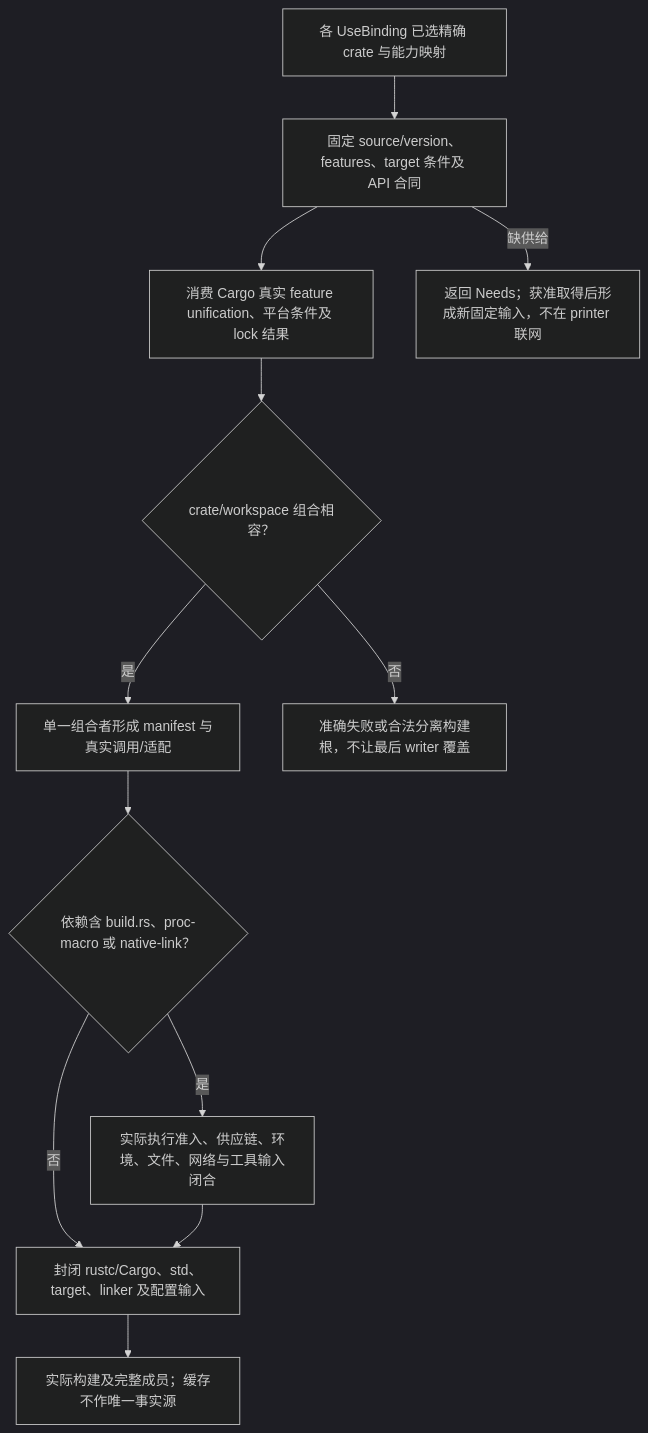
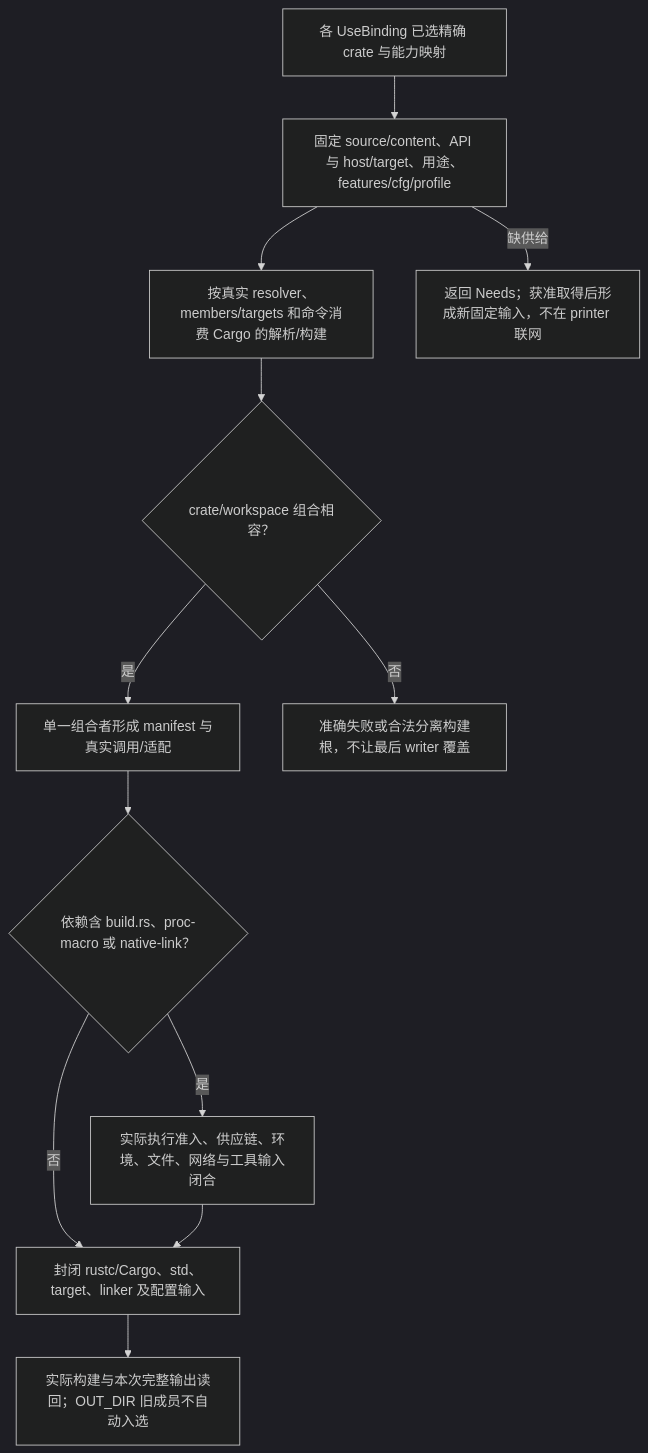
Before and after one commit to sec-platform/sec: the third of 4 diagrams in docs/编译/目标/Rust目标画像与降低.md, drawn with Mermaid (dark theme). The commit also changed other lines of this file and 17 other files, not shown here.

````diff
--- a/docs/编译/目标/Rust目标画像与降低.md
+++ b/docs/编译/目标/Rust目标画像与降低.md
@@ -258,14 +272,14 @@
 ```mermaid
 flowchart TD
-  bindings["各 UseBinding 已选精确 crate 与能力映射"] --> dependencyGraph["固定 source/version、features、target 条件及 API 合同"]
-  dependencyGraph --> cargo["消费 Cargo 真实 feature unification、平台条件及 lock 结果"]
+  bindings["各 UseBinding 已选精确 crate 与能力映射"] --> dependencyGraph["固定 source/content、API 与 host/target、用途、features/cfg/profile"]
+  dependencyGraph --> cargo["按真实 resolver、members/targets 和命令消费 Cargo 的解析/构建"]
   cargo --> compose{"crate/workspace 组合相容？"}
   compose -->|是| manifest["单一组合者形成 manifest 与真实调用/适配"]
   compose -->|否| split["准确失败或合法分离构建根，不让最后 writer 覆盖"]
   manifest --> executable{"依赖含 build.rs、proc-macro 或 native-link？"}
   executable -->|是| effect["实际执行准入、供应链、环境、文件、网络与工具输入闭合"]
   executable -->|否| closure["封闭 rustc/Cargo、std、target、linker 及配置输入"]
   effect --> closure
-  closure --> result["实际构建及完整成员；缓存不作唯一事实源"]
+  closure --> result["实际构建与本次完整输出读回；OUT_DIR 旧成员不自动入选"]
   dependencyGraph -->|缺供给| needs["返回 Needs；获准取得后形成新固定输入，不在 printer 联网"]
 ```
````
